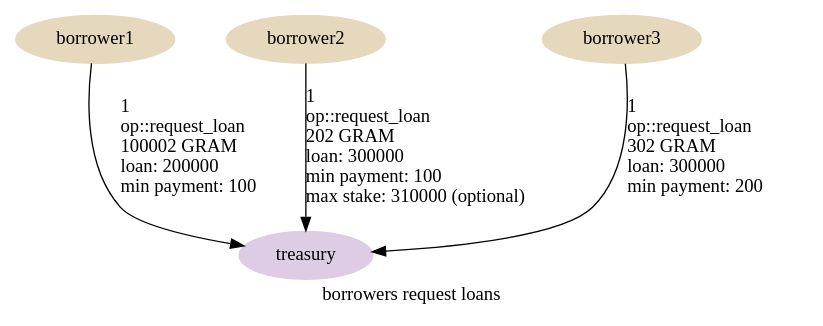
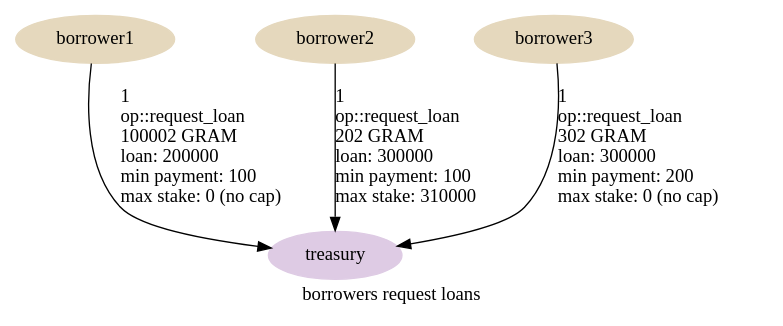
One commit to HipoFinance/contract changed the diagram in graphs/04-request-loan.dot. Above: the diagram before and after it, drawn with Graphviz. The commit also changed 11 other files, not shown here.

First line of the commit message:
Require max_stake in request_loan, 0 for no cap

```diff
--- a/graphs/04-request-loan.dot
+++ b/graphs/04-request-loan.dot
@@ -1,17 +1,17 @@
 digraph {
     label="borrowers request loans"
     node [ colorscheme=pastel19 style=filled ]
 
     /* Entities */
     borrower1, borrower2, borrower3 [ color=7 ]
     treasury [ color=4 ]
 
     /* Relationships */
-    borrower1 -> treasury [ label="1\l op::request_loan\l 100002 GRAM\l loan: 200000\l min payment: 100\l" ]
-    borrower2 -> treasury [ label="1\l op::request_loan\l 202 GRAM\l loan: 300000\l min payment: 100\l max stake: 310000 (optional)\l" ]
-    borrower3 -> treasury [ label="1\l op::request_loan\l 302 GRAM\l loan: 300000\l min payment: 200\l" ]
+    borrower1 -> treasury [ label="1\l op::request_loan\l 100002 GRAM\l loan: 200000\l min payment: 100\l max stake: 0 (no cap)\l" ]
+    borrower2 -> treasury [ label="1\l op::request_loan\l 202 GRAM\l loan: 300000\l min payment: 100\l max stake: 310000\l" ]
+    borrower3 -> treasury [ label="1\l op::request_loan\l 302 GRAM\l loan: 300000\l min payment: 200\l max stake: 0 (no cap)\l" ]
 
     /* Ranks */
     { rank=min borrower1 borrower2 borrower3 }
     { rank=max treasury }
 }
```
